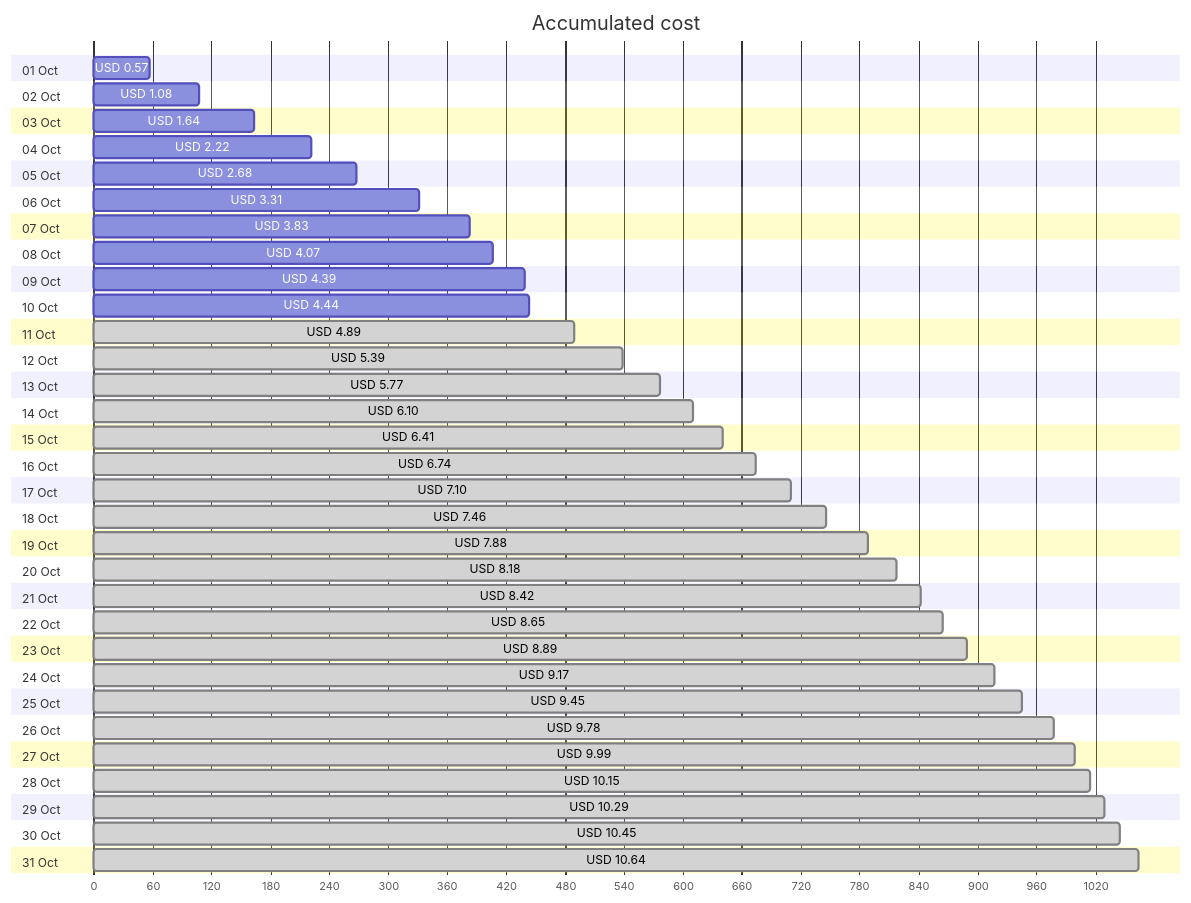
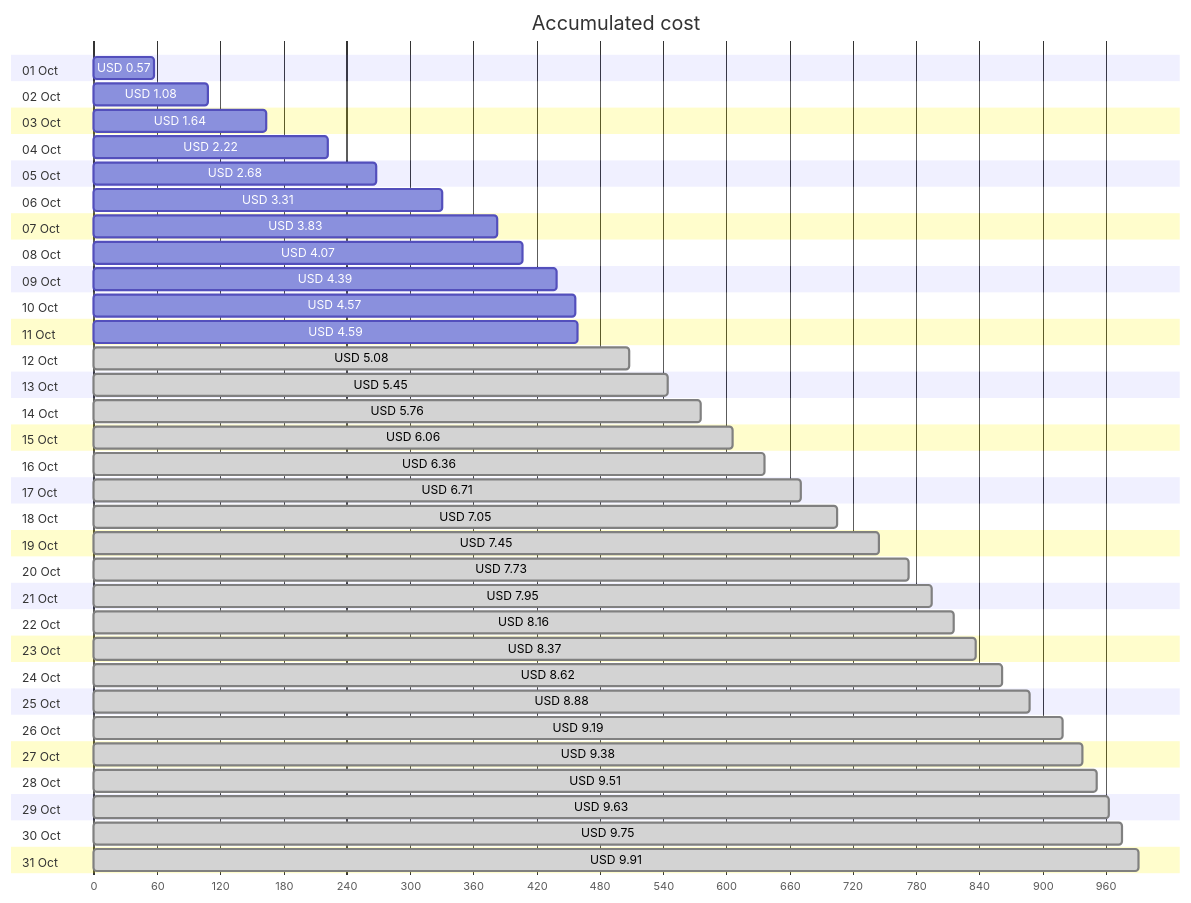
The first of 4 diagrams in cost-reports/personal-network/vpn-server.md (jpfulton/azure-personal-reports), drawn with Mermaid before and after one commit. The commit also changed other lines of this file and 8 other files, not shown here.

````diff
--- a/cost-reports/personal-network/vpn-server.md
+++ b/cost-reports/personal-network/vpn-server.md
@@ -20,68 +20,68 @@
 ```mermaid
 gantt
    title Accumulated cost
    dateFormat  X
    axisFormat %s
    section 01 Oct
    USD 0.57 :0, 57
    section 02 Oct
    USD 1.08 :0, 108
    section 03 Oct
    USD 1.64 :0, 164
    section 04 Oct
    USD 2.22 :0, 222
    section 05 Oct
    USD 2.68 :0, 268
    section 06 Oct
    USD 3.31 :0, 331
    section 07 Oct
    USD 3.83 :0, 383
    section 08 Oct
    USD 4.07 :0, 407
    section 09 Oct
    USD 4.39 :0, 439
    section 10 Oct
-   USD 4.44 :0, 444
+   USD 4.57 :0, 457
    section 11 Oct
-   USD 4.89 : done, 0, 489
+   USD 4.59 :0, 459
    section 12 Oct
-   USD 5.39 : done, 0, 539
+   USD 5.08 : done, 0, 508
    section 13 Oct
-   USD 5.77 : done, 0, 577
+   USD 5.45 : done, 0, 545
    section 14 Oct
-   USD 6.10 : done, 0, 610
+   USD 5.76 : done, 0, 576
    section 15 Oct
-   USD 6.41 : done, 0, 641
+   USD 6.06 : done, 0, 606
    section 16 Oct
-   USD 6.74 : done, 0, 674
+   USD 6.36 : done, 0, 636
    section 17 Oct
-   USD 7.10 : done, 0, 710
+   USD 6.71 : done, 0, 671
    section 18 Oct
-   USD 7.46 : done, 0, 746
+   USD 7.05 : done, 0, 705
    section 19 Oct
-   USD 7.88 : done, 0, 788
+   USD 7.45 : done, 0, 745
    section 20 Oct
-   USD 8.18 : done, 0, 818
+   USD 7.73 : done, 0, 773
    section 21 Oct
-   USD 8.42 : done, 0, 842
+   USD 7.95 : done, 0, 795
    section 22 Oct
-   USD 8.65 : done, 0, 865
+   USD 8.16 : done, 0, 816
    section 23 Oct
-   USD 8.89 : done, 0, 889
+   USD 8.37 : done, 0, 837
    section 24 Oct
-   USD 9.17 : done, 0, 917
+   USD 8.62 : done, 0, 862
    section 25 Oct
-   USD 9.45 : done, 0, 945
+   USD 8.88 : done, 0, 888
    section 26 Oct
-   USD 9.78 : done, 0, 978
+   USD 9.19 : done, 0, 919
    section 27 Oct
-   USD 9.99 : done, 0, 999
+   USD 9.38 : done, 0, 938
    section 28 Oct
-   USD 10.15 : done, 0, 1015
+   USD 9.51 : done, 0, 951
    section 29 Oct
-   USD 10.29 : done, 0, 1029
+   USD 9.63 : done, 0, 963
    section 30 Oct
-   USD 10.45 : done, 0, 1045
+   USD 9.75 : done, 0, 975
    section 31 Oct
-   USD 10.64 : done, 0, 1064
+   USD 9.91 : done, 0, 991
 ```
````
